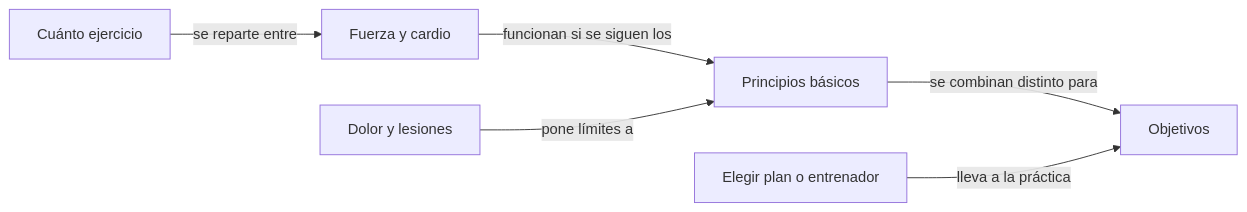
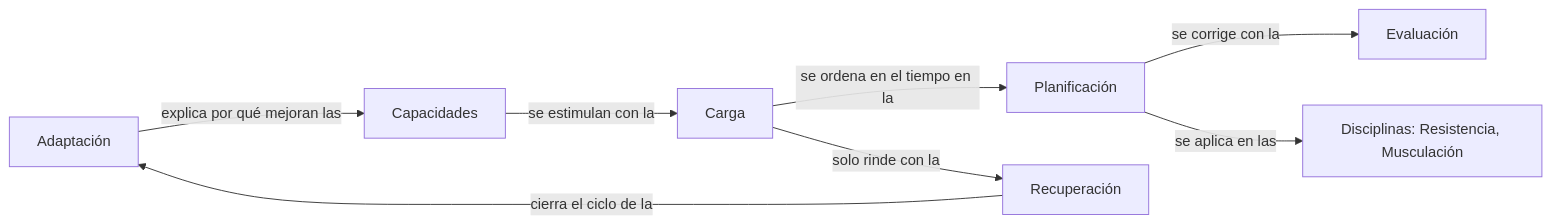
Before and after one commit to mtsdlf/conocimiento: the diagram in Entrenamiento/entrenamiento.md, drawn with Mermaid. The commit also changed other lines of this file and 11 other files, not shown here.

````diff
--- a/Entrenamiento/entrenamiento.md
+++ b/Entrenamiento/entrenamiento.md
@@ -29,8 +34,10 @@
 ```mermaid
 flowchart LR
-  B[Cuánto ejercicio] -->|se reparte entre| FC[Fuerza y cardio]
-  FC -->|funcionan si se siguen los| P[Principios básicos]
-  P -->|se combinan distinto para| O[Objetivos]
-  S[Dolor y lesiones] -->|pone límites a| P
-  E[Elegir plan o entrenador] -->|lleva a la práctica| O
+  AD[Adaptación] -->|explica por qué mejoran las| CA[Capacidades]
+  CA -->|se estimulan con la| CG[Carga]
+  CG -->|se ordena en el tiempo en la| PL[Planificación]
+  PL -->|se corrige con la| EV[Evaluación]
+  CG -->|solo rinde con la| RE[Recuperación]
+  RE -->|cierra el ciclo de la| AD
+  PL -->|se aplica en las| D[Disciplinas: Resistencia, Musculación]
 ```
````
